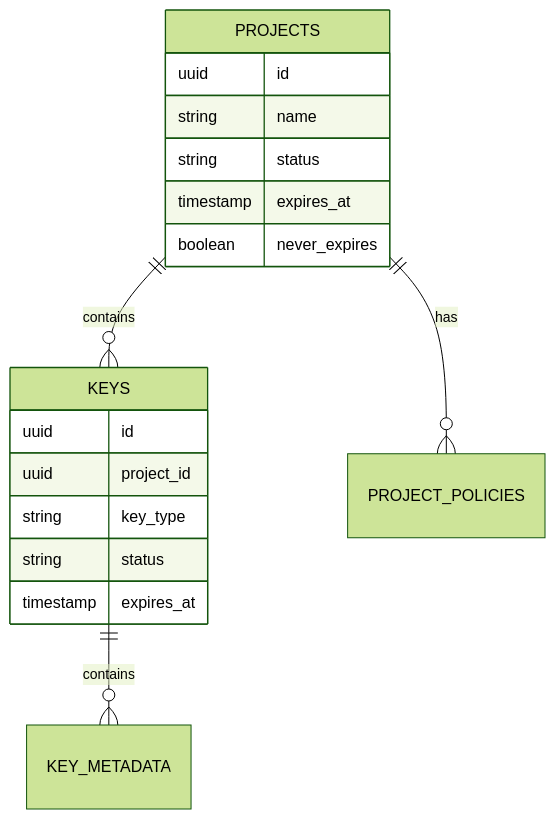
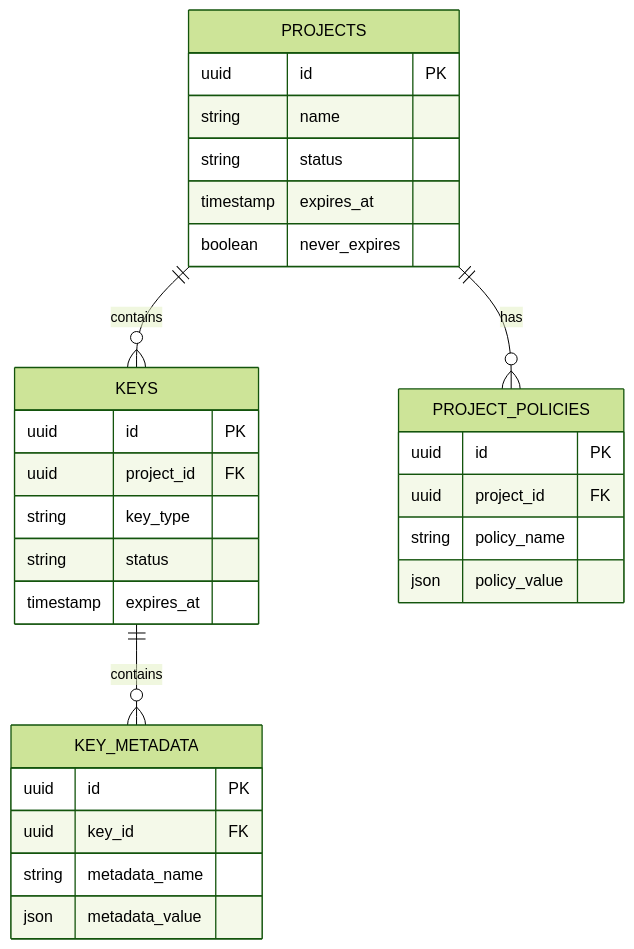
Before and after one commit to shajeduzzamanenan992008inc/NexOra-Database-key-Gen: diagram 21 of 23 in README.md, drawn with Mermaid (forest theme). The commit also changed other lines of this file, not shown here.

````diff
--- a/README.md
+++ b/README.md
@@ -1418,22 +1446,36 @@
 ```mermaid
 erDiagram
     PROJECTS ||--o{ KEYS : contains
     PROJECTS ||--o{ PROJECT_POLICIES : has
     KEYS ||--o{ KEY_METADATA : contains
 
     PROJECTS {
-        uuid id
+        uuid id PK
         string name
         string status
         timestamp expires_at
         boolean never_expires
     }
 
     KEYS {
-        uuid id
-        uuid project_id
+        uuid id PK
+        uuid project_id FK
         string key_type
         string status
         timestamp expires_at
     }
+
+    PROJECT_POLICIES {
+        uuid id PK
+        uuid project_id FK
+        string policy_name
+        json policy_value
+    }
+
+    KEY_METADATA {
+        uuid id PK
+        uuid key_id FK
+        string metadata_name
+        json metadata_value
+    }
 ```
````
